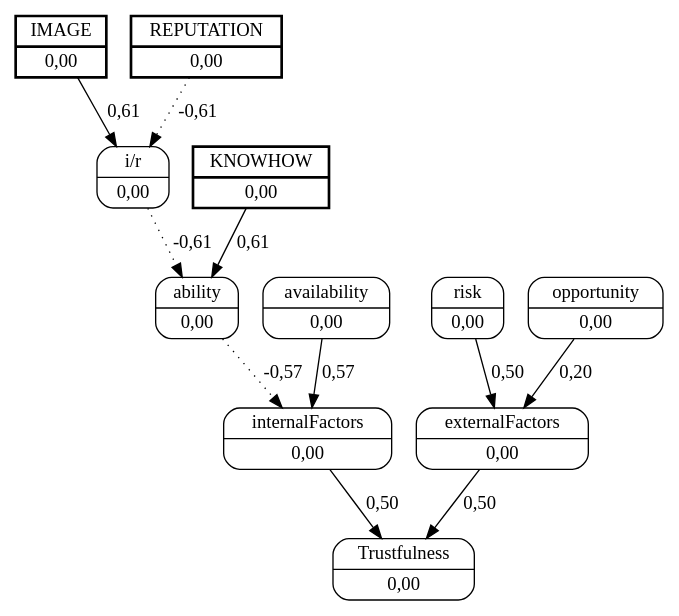
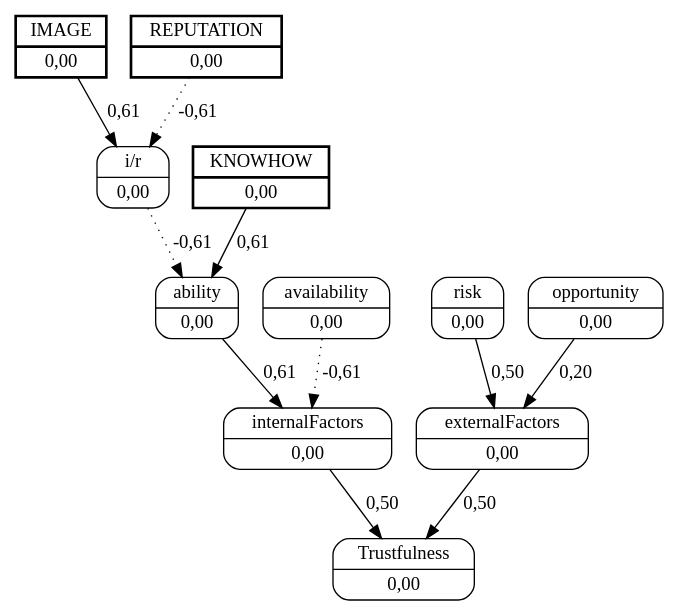
Before and after one commit to jjbaqueta/unload_experiment: the diagram in unload_boxes/dots/worker_1helper_6.dot, drawn with Graphviz. The commit also changed 297 other files, not shown here.

```diff
--- a/unload_boxes/dots/worker_1helper_6.dot
+++ b/unload_boxes/dots/worker_1helper_6.dot
@@ -1,25 +1,25 @@
 digraph FCM_net{
 	node [shape=record, style=rounded]
 	0 [label="{IMAGE | 0,00}", style=bold, penwidth=2, peripheries=2];
 	1 [label="{REPUTATION | 0,00}", style=bold, penwidth=2, peripheries=2];
 	2 [label="{KNOWHOW | 0,00}", style=bold, penwidth=2, peripheries=2];
 	0 [label="{IMAGE | 0,00}"];
 	3 [label="{i/r | 0,00}"];
 	4 [label="{ability | 0,00}"];
 	5 [label="{availability | 0,00}"];
 	6 [label="{internalFactors | 0,00}"];
 	7 [label="{risk | 0,00}"];
 	8 [label="{opportunity | 0,00}"];
 	9 [label="{externalFactors | 0,00}"];
 	10 [label="{Trustfulness | 0,00}"];
 	0 -> 3 [label = "0,61"];
 	1 -> 3 [label = "-0,61", style=dotted];
 	3 -> 4 [label = "-0,61", style=dotted];
 	2 -> 4 [label = "0,61"];
-	4 -> 6 [label = "-0,57", style=dotted];
-	5 -> 6 [label = "0,57"];
+	4 -> 6 [label = "0,61"];
+	5 -> 6 [label = "-0,61", style=dotted];
 	6 -> 10 [label = "0,50"];
 	7 -> 9 [label = "0,50"];
 	8 -> 9 [label = "0,20"];
 	9 -> 10 [label = "0,50"];
 }
```
